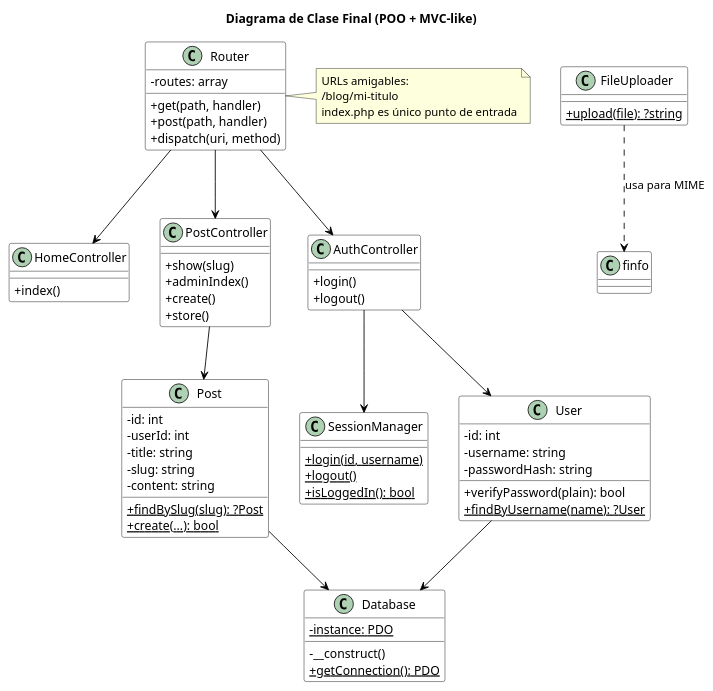
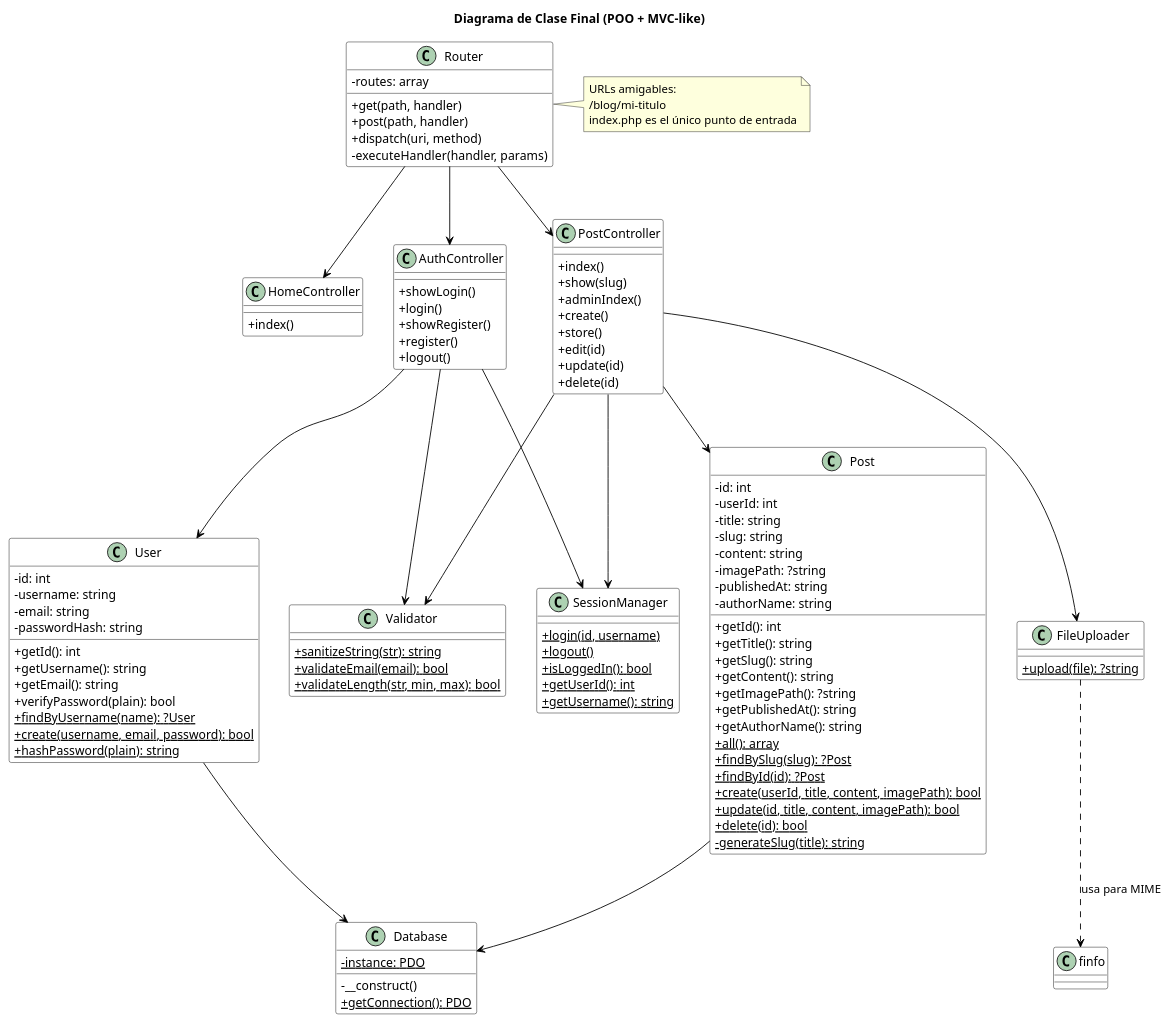
Before and after one commit to Capel23/ProyectoPHP: the diagram in docs/diagrama-clase-final.puml, drawn with PlantUML. The commit also changed 6 other files, not shown here.

Commit message:
index cambios, login y readme

```diff
--- a/docs/diagrama-clase-final.puml
+++ b/docs/diagrama-clase-final.puml
@@ -1,87 +1,129 @@
 @startuml
 title Diagrama de Clase Final (POO + MVC-like)
 
 skinparam classAttributeIconSize 0
 skinparam class {
     BackgroundColor White
     BorderColor Black
     ArrowColor Black
 }
 
 class Router {
     -routes: array
     +get(path, handler)
     +post(path, handler)
     +dispatch(uri, method)
+    -executeHandler(handler, params)
 }
 
 class Database {
     -{static} instance: PDO
     -__construct()
     +{static} getConnection(): PDO
 }
 
 class SessionManager {
     +{static} login(id, username)
     +{static} logout()
     +{static} isLoggedIn(): bool
+    +{static} getUserId(): int
+    +{static} getUsername(): string
 }
 
 class User {
     -id: int
     -username: string
+    -email: string
     -passwordHash: string
+    +getId(): int
+    +getUsername(): string
+    +getEmail(): string
     +verifyPassword(plain): bool
     +{static} findByUsername(name): ?User
+    +{static} create(username, email, password): bool
+    +{static} hashPassword(plain): string
 }
 
 class Post {
     -id: int
     -userId: int
     -title: string
     -slug: string
     -content: string
+    -imagePath: ?string
+    -publishedAt: string
+    -authorName: string
+    +getId(): int
+    +getTitle(): string
+    +getSlug(): string
+    +getContent(): string
+    +getImagePath(): ?string
+    +getPublishedAt(): string
+    +getAuthorName(): string
+    +{static} all(): array
     +{static} findBySlug(slug): ?Post
-    +{static} create(...): bool
+    +{static} findById(id): ?Post
+    +{static} create(userId, title, content, imagePath): bool
+    +{static} update(id, title, content, imagePath): bool
+    +{static} delete(id): bool
+    -{static} generateSlug(title): string
 }
 
 class FileUploader {
     +{static} upload(file): ?string
 }
 
 class HomeController {
     +index()
 }
 
 class PostController {
+    +index()
     +show(slug)
     +adminIndex()
     +create()
     +store()
+    +edit(id)
+    +update(id)
+    +delete(id)
 }
 
 class AuthController {
+    +showLogin()
     +login()
+    +showRegister()
+    +register()
     +logout()
+}
+
+class Validator {
+    +{static} sanitizeString(str): string
+    +{static} validateEmail(email): bool
+    +{static} validateLength(str, min, max): bool
 }
 
 ' Relaciones
 Router --> HomeController
 Router --> PostController
 Router --> AuthController
 
 PostController --> Post
+PostController --> FileUploader
+PostController --> Validator
+PostController --> SessionManager
+
 AuthController --> User
 AuthController --> SessionManager
+AuthController --> Validator
 
 Post --> Database
 User --> Database
 
 FileUploader ..> finfo : usa para MIME
 
 note right of Router
   URLs amigables:
   /blog/mi-titulo
-  index.php es único punto de entrada
+  index.php es el único punto de entrada
 end note
 @enduml
```
